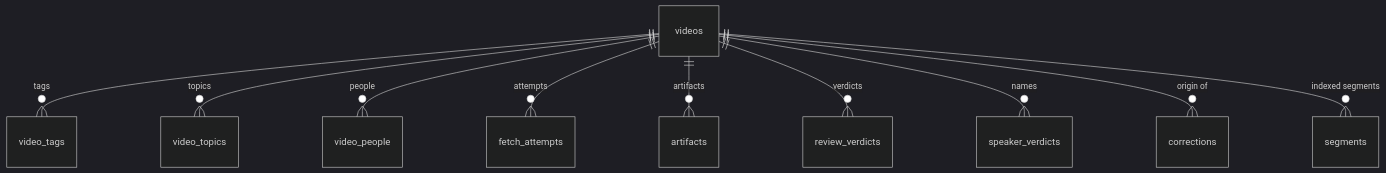
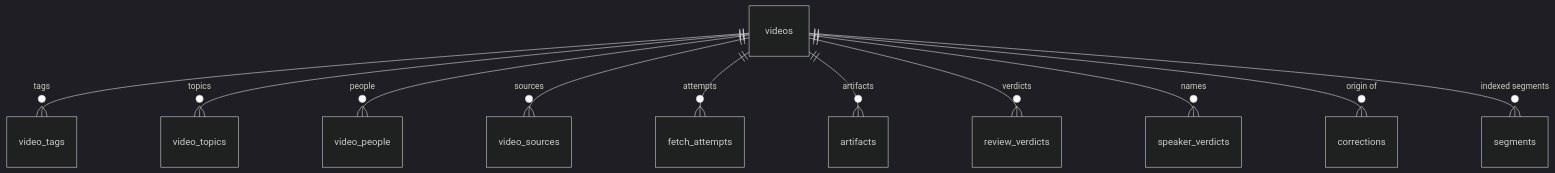
One commit to nagarkar/corpuslm changed the first of 2 diagrams in docs/design/storage-schema.md. Above: the diagram before and after it, drawn with Mermaid (dark theme). The commit also changed other lines of this file and 5 other files, not shown here.

First line of the commit message:
Schema 3: a video records the playlists and channels it was found through (nagarkar/ytlm#61)

````diff
--- a/docs/design/storage-schema.md
+++ b/docs/design/storage-schema.md
@@ -23,12 +23,13 @@
 ```mermaid
 erDiagram
   videos ||--o{ video_tags : "tags"
   videos ||--o{ video_topics : "topics"
   videos ||--o{ video_people : "people"
+  videos ||--o{ video_sources : "sources"
   videos ||--o{ fetch_attempts : "attempts"
   videos ||--o{ artifacts : "artifacts"
   videos ||--o{ review_verdicts : "verdicts"
   videos ||--o{ speaker_verdicts : "names"
   videos ||--o{ corrections : "origin of"
   videos ||--o{ segments : "indexed segments"
 ```
````
